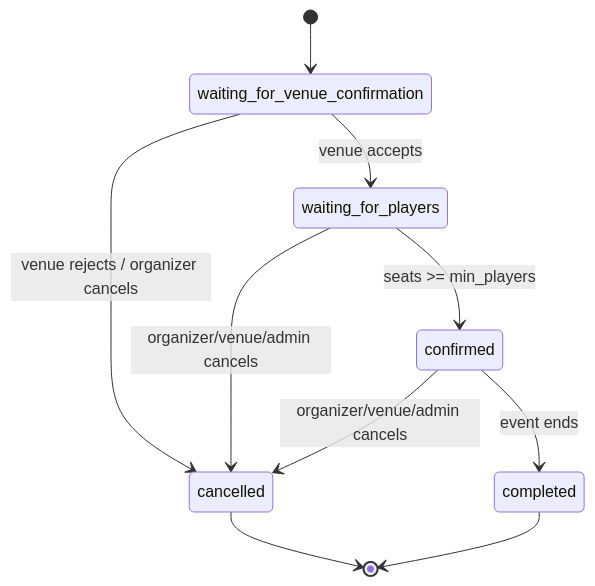
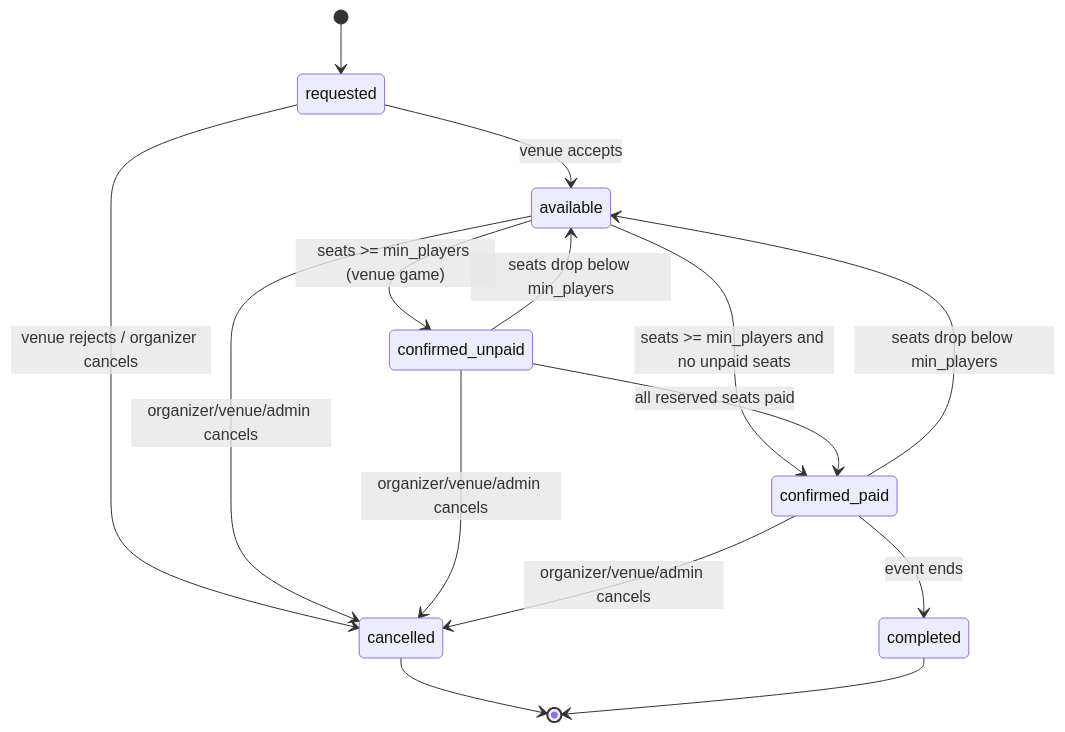
Before and after one commit to kasjek/BoardGameReservationApp: the third of 3 diagrams in docs/Architecture.md, drawn with Mermaid. The commit also changed other lines of this file and 32 other files, not shown here.

First line of the commit message:
Defer seat payment and split confirmed into unpaid/paid

````diff
--- a/docs/Architecture.md
+++ b/docs/Architecture.md
@@ -114,12 +115,17 @@
 ```mermaid
 stateDiagram-v2
-    [*] --> waiting_for_venue_confirmation
-    waiting_for_venue_confirmation --> waiting_for_players: venue accepts
-    waiting_for_venue_confirmation --> cancelled: venue rejects / organizer cancels
-    waiting_for_players --> confirmed: seats >= min_players
-    waiting_for_players --> cancelled: organizer/venue/admin cancels
-    confirmed --> completed: event ends
-    confirmed --> cancelled: organizer/venue/admin cancels
+    [*] --> requested
+    requested --> available: venue accepts
+    requested --> cancelled: venue rejects / organizer cancels
+    available --> confirmed_unpaid: seats >= min_players (venue game)
+    available --> confirmed_paid: seats >= min_players and no unpaid seats
+    available --> cancelled: organizer/venue/admin cancels
+    confirmed_unpaid --> confirmed_paid: all reserved seats paid
+    confirmed_unpaid --> available: seats drop below min_players
+    confirmed_unpaid --> cancelled: organizer/venue/admin cancels
+    confirmed_paid --> available: seats drop below min_players
+    confirmed_paid --> completed: event ends
+    confirmed_paid --> cancelled: organizer/venue/admin cancels
     cancelled --> [*]
     completed --> [*]
 ```
````
